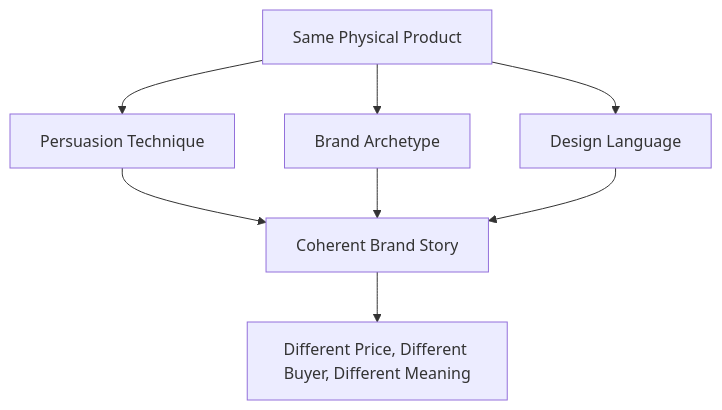
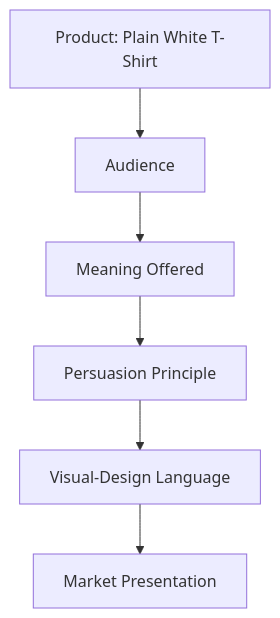
Before and after one commit to KonradSikorski5/is117_test_Konrad: the diagram in book/04-white-tshirt-case-study.md, drawn with Mermaid. The commit also changed other lines of this file, not shown here.

Commit message:
Rewrite white t-shirt case study to meet acceptance criteria #4

````diff
--- a/book/04-white-tshirt-case-study.md
+++ b/book/04-white-tshirt-case-study.md
@@ -46,10 +108,8 @@
 ```mermaid
 flowchart TD
-    A[Same Physical Product] --> B[Persuasion Technique]
-    A --> C[Brand Archetype]
-    A --> D[Design Language]
-    B --> E[Coherent Brand Story]
-    C --> E
-    D --> E
-    E --> F[Different Price, Different Buyer, Different Meaning]
+    A[Product: Plain White T-Shirt] --> B[Audience]
+    B --> C[Meaning Offered]
+    C --> D[Persuasion Principle]
+    D --> E[Visual-Design Language]
+    E --> F[Market Presentation]
 ```
````
